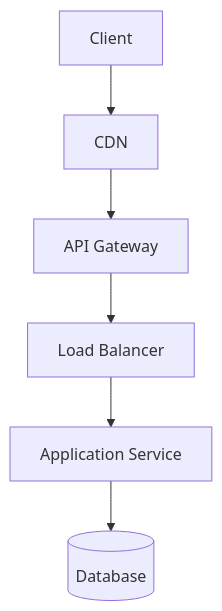
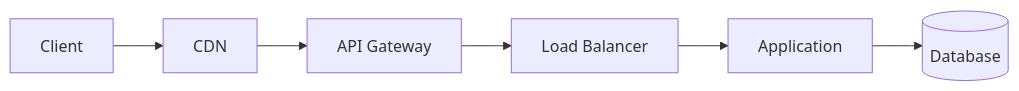
The third of 4 diagrams in src/content/api-design/rest-http-methods-status-codes.md (AvadhBhalodiya/Interview-Preparation), drawn with Mermaid before and after one commit. The commit also changed other lines of this file and 54 other files, not shown here.

````diff
--- a/src/content/api-design/rest-http-methods-status-codes.md
+++ b/src/content/api-design/rest-http-methods-status-codes.md
@@ -257,8 +204,8 @@
 ```mermaid
-flowchart TD
+flowchart LR
     C[Client] --> CDN[CDN]
     CDN --> GW[API Gateway]
     GW --> LB[Load Balancer]
-    LB --> APP[Application Service]
-    APP --> DB[(Database)]
+    LB --> API[Application]
+    API --> DB[(Database)]
 ```
````
